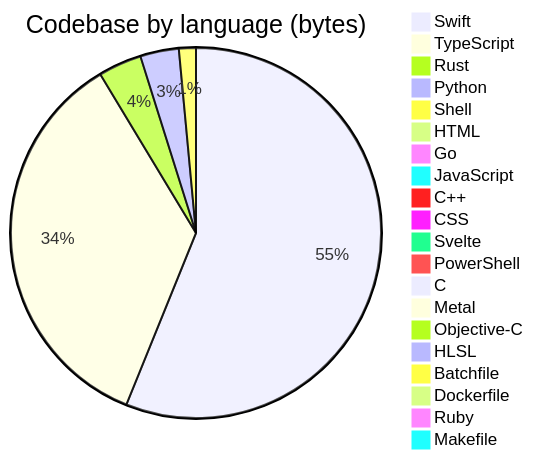
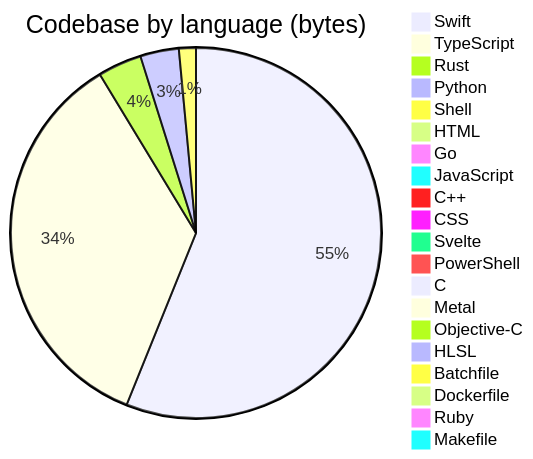
Before and after one commit to Open330/.github: the diagram in profile/README.md, drawn with Mermaid. The commit also changed other lines of this file, not shown here.

````diff
--- a/profile/README.md
+++ b/profile/README.md
@@ -136,23 +136,23 @@
 ```mermaid
 pie title Codebase by language (bytes)
     "Swift" : 59539189
     "TypeScript" : 37365789
-    "Rust" : 4018404
+    "Rust" : 4063062
     "Python" : 3572723
     "Shell" : 1571691
     "HTML" : 882719
     "Go" : 572897
     "JavaScript" : 502304
     "C++" : 388775
     "CSS" : 247817
     "Svelte" : 143451
     "PowerShell" : 131318
     "C" : 125678
     "Metal" : 33033
     "Objective-C" : 11658
     "HLSL" : 7527
     "Batchfile" : 5870
     "Dockerfile" : 4893
     "Ruby" : 4289
     "Makefile" : 1150
 ```
````
